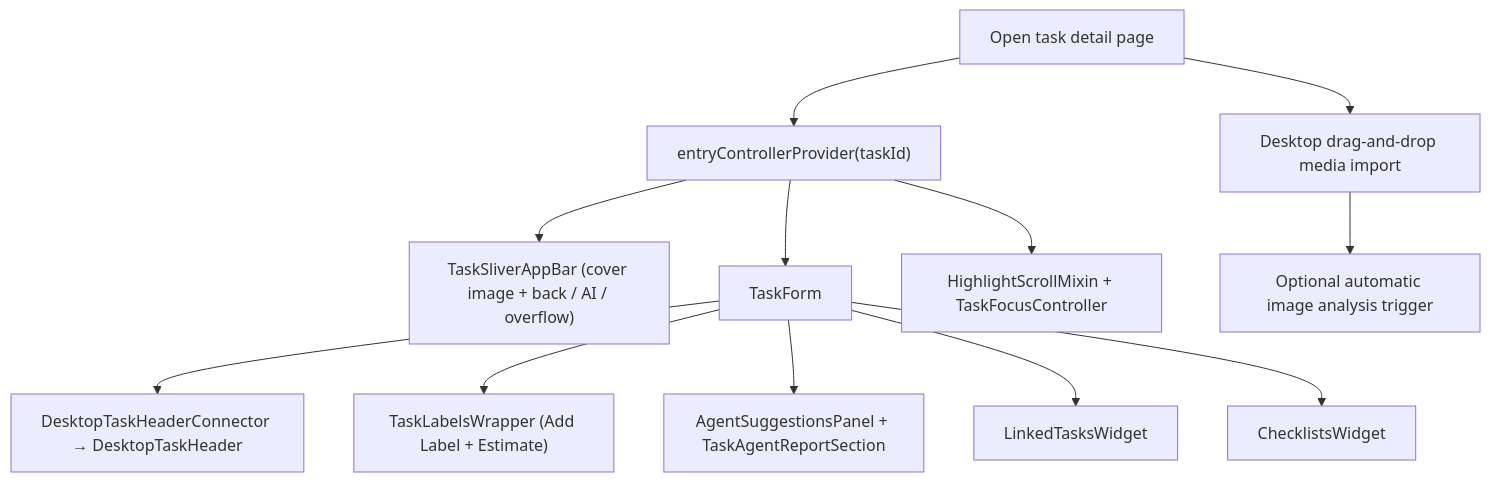
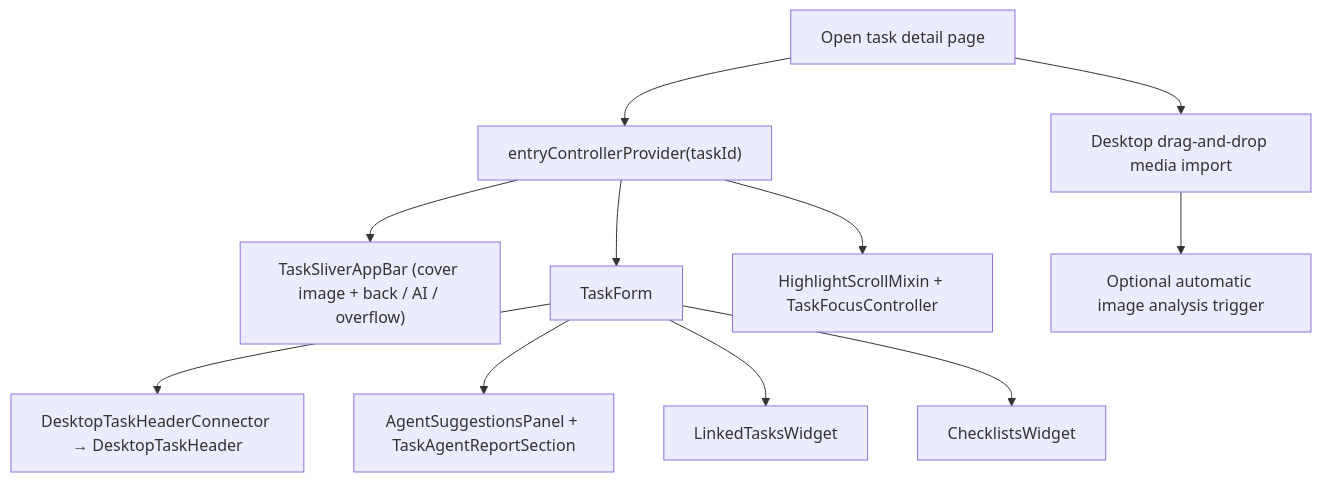
The third of 10 diagrams in lib/features/tasks/README.md (matthiasn/lotti), drawn with Mermaid before and after one commit. The commit also changed other lines of this file and 14 other files, not shown here.

````diff
--- a/lib/features/tasks/README.md
+++ b/lib/features/tasks/README.md
@@ -144,14 +144,13 @@
 ```mermaid
 flowchart TD
   Open["Open task detail page"] --> Load["entryControllerProvider(taskId)"]
   Load --> AppBar["TaskSliverAppBar (cover image + back / AI / overflow)"]
   Load --> Form["TaskForm"]
   Form --> Header["DesktopTaskHeaderConnector → DesktopTaskHeader"]
-  Form --> Labels["TaskLabelsWrapper (Add Label + Estimate)"]
   Form --> Agents["AgentSuggestionsPanel + TaskAgentReportSection"]
   Form --> Linked["LinkedTasksWidget"]
   Form --> Checklists["ChecklistsWidget"]
   Load --> Focus["HighlightScrollMixin + TaskFocusController"]
   Open --> Drop["Desktop drag-and-drop media import"]
   Drop --> ImageAnalysis["Optional automatic image analysis trigger"]
 ```
````
